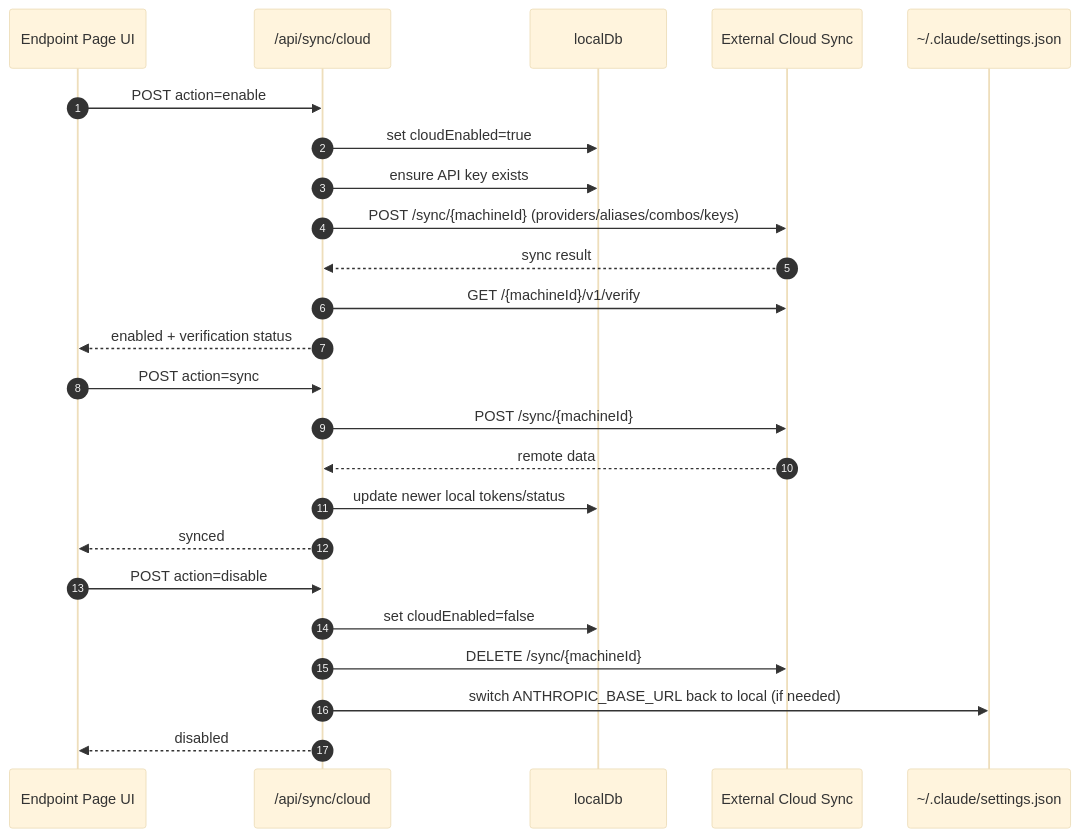
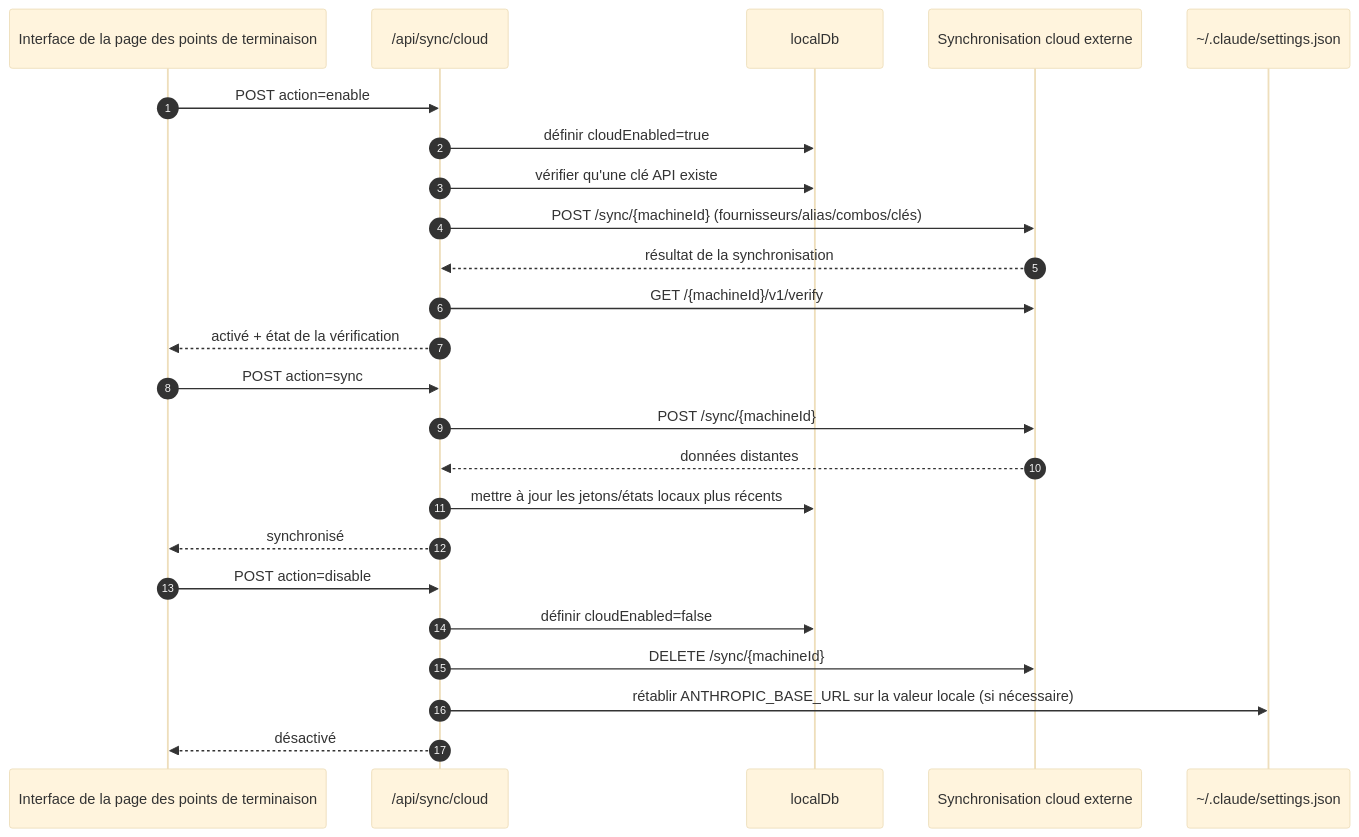
Before and after one commit to Abhijeet1520/OmniRoute: the fifth of 7 diagrams in docs/i18n/fr/docs/architecture/ARCHITECTURE.md, drawn with Mermaid (base theme). The commit also changed other lines of this file and 1154 other files, not shown here.

````diff
--- a/docs/i18n/fr/docs/architecture/ARCHITECTURE.md
+++ b/docs/i18n/fr/docs/architecture/ARCHITECTURE.md
@@ -441,29 +669,29 @@
 ```mermaid
 sequenceDiagram
     autonumber
-    participant UI as Endpoint Page UI
+    participant UI as Interface de la page des points de terminaison
     participant Sync as /api/sync/cloud
     participant DB as localDb
-    participant Cloud as External Cloud Sync
+    participant Cloud as Synchronisation cloud externe
     participant Claude as ~/.claude/settings.json
 
     UI->>Sync: POST action=enable
-    Sync->>DB: set cloudEnabled=true
-    Sync->>DB: ensure API key exists
-    Sync->>Cloud: POST /sync/{machineId} (providers/aliases/combos/keys)
-    Cloud-->>Sync: sync result
+    Sync->>DB: définir cloudEnabled=true
+    Sync->>DB: vérifier qu'une clé API existe
+    Sync->>Cloud: POST /sync/{machineId} (fournisseurs/alias/combos/clés)
+    Cloud-->>Sync: résultat de la synchronisation
     Sync->>Cloud: GET /{machineId}/v1/verify
-    Sync-->>UI: enabled + verification status
+    Sync-->>UI: activé + état de la vérification
 
     UI->>Sync: POST action=sync
     Sync->>Cloud: POST /sync/{machineId}
-    Cloud-->>Sync: remote data
-    Sync->>DB: update newer local tokens/status
-    Sync-->>UI: synced
+    Cloud-->>Sync: données distantes
+    Sync->>DB: mettre à jour les jetons/états locaux plus récents
+    Sync-->>UI: synchronisé
 
     UI->>Sync: POST action=disable
-    Sync->>DB: set cloudEnabled=false
+    Sync->>DB: définir cloudEnabled=false
     Sync->>Cloud: DELETE /sync/{machineId}
-    Sync->>Claude: switch ANTHROPIC_BASE_URL back to local (if needed)
-    Sync-->>UI: disabled
+    Sync->>Claude: rétablir ANTHROPIC_BASE_URL sur la valeur locale (si nécessaire)
+    Sync-->>UI: désactivé
 ```
````
